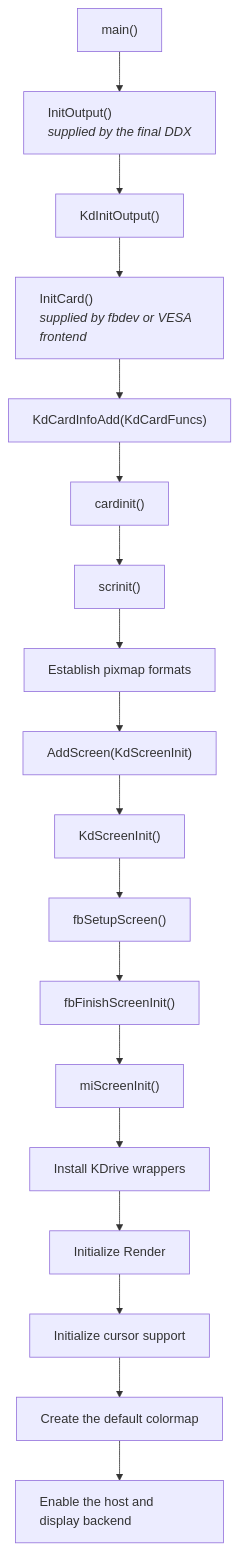
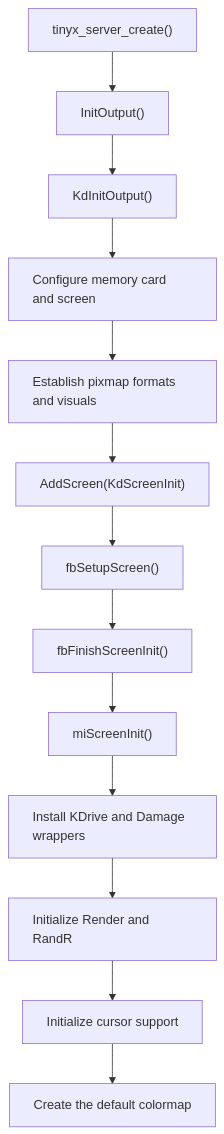
One commit to pgavlin/tinyx changed the fourth of 8 diagrams in docs/architecture.md. Above: the diagram before and after it, drawn with Mermaid. The commit also changed other lines of this file and 16 other files, not shown here.

````diff
--- a/docs/architecture.md
+++ b/docs/architecture.md
@@ -364,24 +357,18 @@
 ```mermaid
 flowchart TD
-    main["main()"] --> initOutput["`InitOutput()<br/>_supplied by the final DDX_`"]
+    create["tinyx_server_create()"] --> initOutput["InitOutput()"]
     initOutput --> kdInitOutput["KdInitOutput()"]
-    kdInitOutput --> initCard["`InitCard()<br/>_supplied by fbdev or VESA frontend_`"]
-    initCard --> addCard["KdCardInfoAdd(KdCardFuncs)"]
-    addCard --> cardInit["cardinit()"]
-    cardInit --> screenInit["scrinit()"]
-    screenInit --> formats["Establish pixmap formats"]
+    kdInitOutput --> memory["Configure memory card and screen"]
+    memory --> formats["Establish pixmap formats and visuals"]
     formats --> addScreen["AddScreen(KdScreenInit)"]
-    addScreen --> kdScreenInit["KdScreenInit()"]
-
-    kdScreenInit --> fbSetup["fbSetupScreen()"]
+    addScreen --> fbSetup["fbSetupScreen()"]
     fbSetup --> fbFinish["fbFinishScreenInit()"]
     fbFinish --> miScreenInit["miScreenInit()"]
-    miScreenInit --> wrappers["Install KDrive wrappers"]
-    wrappers --> render["Initialize Render"]
+    miScreenInit --> wrappers["Install KDrive and Damage wrappers"]
+    wrappers --> render["Initialize Render and RandR"]
     render --> cursor["Initialize cursor support"]
     cursor --> colormap["Create the default colormap"]
-    colormap --> enable["Enable the host and display backend"]
 
     classDef prose text-align:left
-    class main,initOutput,kdInitOutput,initCard,addCard,cardInit,screenInit,formats,addScreen,kdScreenInit,fbSetup,fbFinish,miScreenInit,wrappers,render,cursor,colormap,enable prose
+    class create,initOutput,kdInitOutput,memory,formats,addScreen,fbSetup,fbFinish,miScreenInit,wrappers,render,cursor,colormap prose
 ```
````
